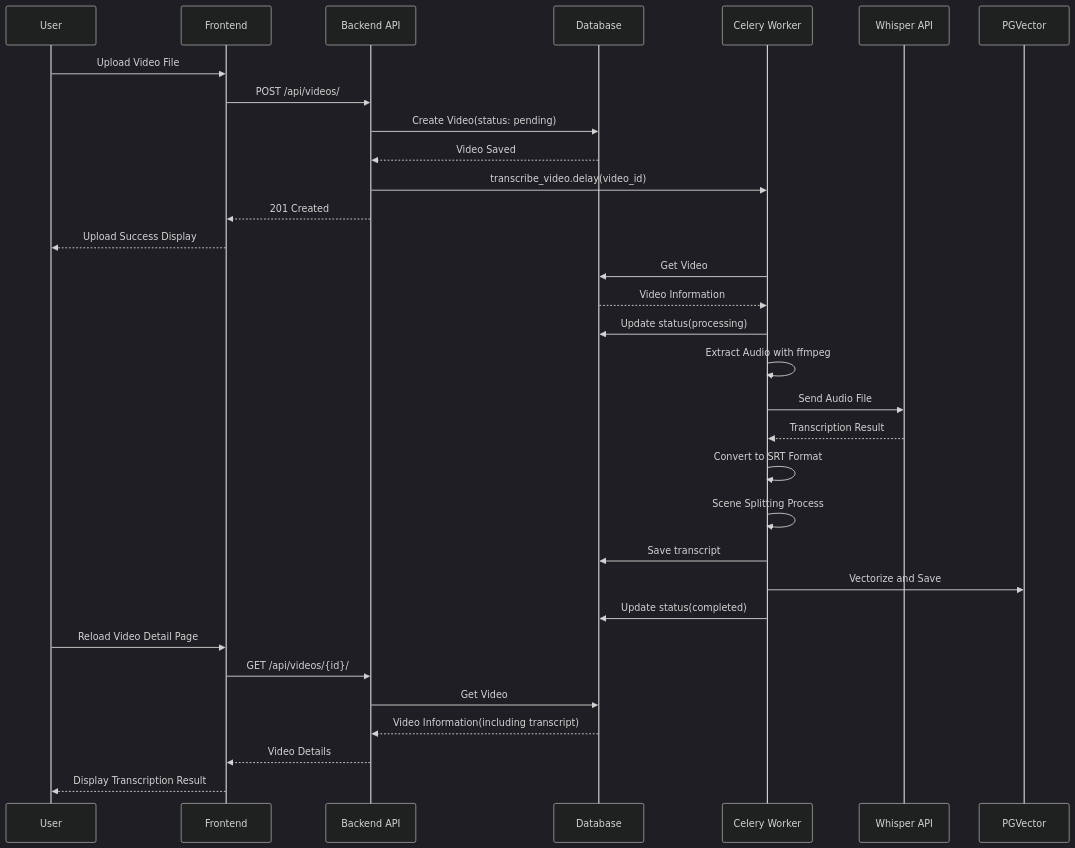
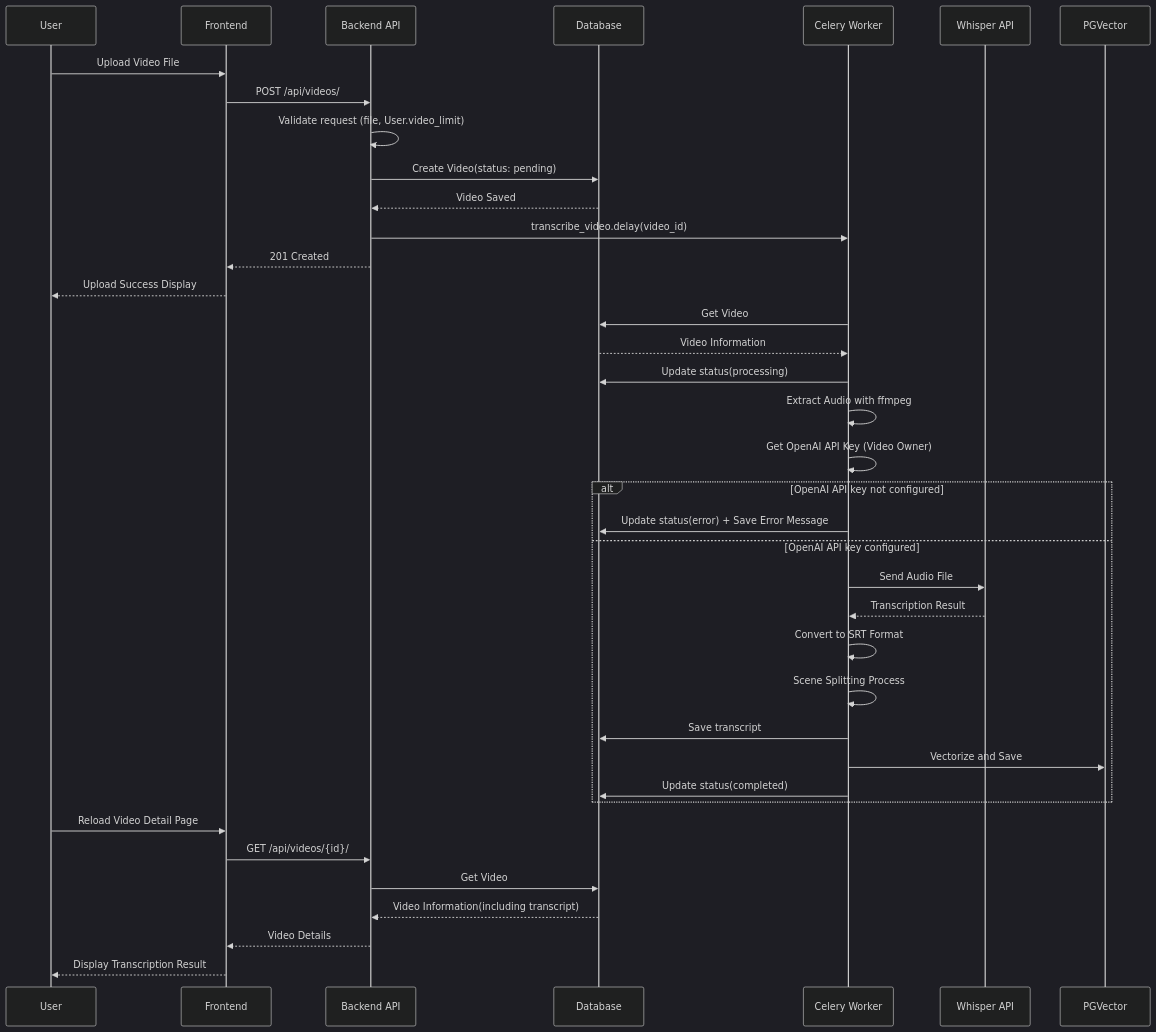
One commit to yukiharada1228/videoq changed the first of 6 diagrams in docs/design/sequence-diagram.md. Above: the diagram before and after it, drawn with Mermaid (dark theme). The commit also changed 10 other files, not shown here.

Commit message:
docs: Update documentation for video upload limits and per-user OpenAI API key management

````diff
--- a/docs/design/sequence-diagram.md
+++ b/docs/design/sequence-diagram.md
@@ -9,37 +9,43 @@
 ```mermaid
 sequenceDiagram
     participant User as User
     participant Frontend as Frontend
     participant Backend as Backend API
     participant DB as Database
     participant Celery as Celery Worker
     participant Whisper as Whisper API
     participant PGVector as PGVector
 
     User->>Frontend: Upload Video File
     Frontend->>Backend: POST /api/videos/
+    Backend->>Backend: Validate request (file, User.video_limit)
     Backend->>DB: Create Video(status: pending)
     DB-->>Backend: Video Saved
     Backend->>Celery: transcribe_video.delay(video_id)
     Backend-->>Frontend: 201 Created
     Frontend-->>User: Upload Success Display
     
     Celery->>DB: Get Video
     DB-->>Celery: Video Information
     Celery->>DB: Update status(processing)
     Celery->>Celery: Extract Audio with ffmpeg
-    Celery->>Whisper: Send Audio File
-    Whisper-->>Celery: Transcription Result
-    Celery->>Celery: Convert to SRT Format
-    Celery->>Celery: Scene Splitting Process
-    Celery->>DB: Save transcript
-    Celery->>PGVector: Vectorize and Save
-    Celery->>DB: Update status(completed)
+    Celery->>Celery: Get OpenAI API Key (Video Owner)
+    alt OpenAI API key not configured
+        Celery->>DB: Update status(error) + Save Error Message
+    else OpenAI API key configured
+        Celery->>Whisper: Send Audio File
+        Whisper-->>Celery: Transcription Result
+        Celery->>Celery: Convert to SRT Format
+        Celery->>Celery: Scene Splitting Process
+        Celery->>DB: Save transcript
+        Celery->>PGVector: Vectorize and Save
+        Celery->>DB: Update status(completed)
+    end
     
     User->>Frontend: Reload Video Detail Page
     Frontend->>Backend: GET /api/videos/{id}/
     Backend->>DB: Get Video
     DB-->>Backend: Video Information(including transcript)
     Backend-->>Frontend: Video Details
     Frontend-->>User: Display Transcription Result
 ```
````
